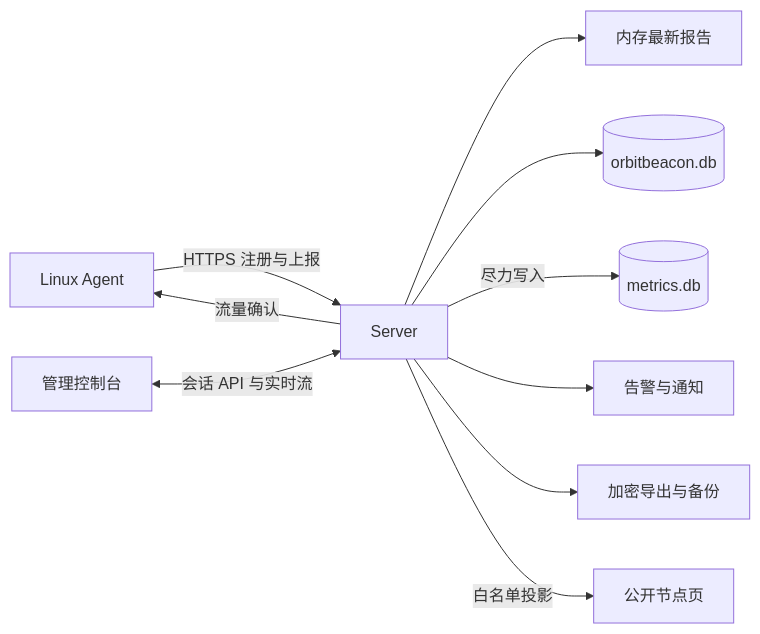
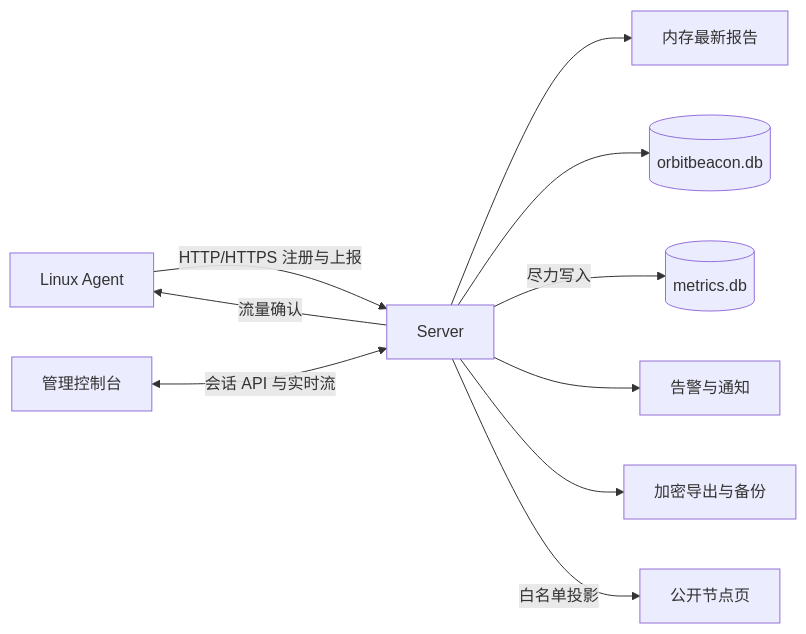
One commit to MR-MonkeyRay/orbit-beacon changed the diagram in docs/architecture.md. Above: the diagram before and after it, drawn with Mermaid. The commit also changed other lines of this file and 25 other files, not shown here.

````diff
--- a/docs/architecture.md
+++ b/docs/architecture.md
@@ -7,12 +7,12 @@
 ```mermaid
 flowchart LR
-    A[Linux Agent] -->|HTTPS 注册与上报| S[Server]
+    A[Linux Agent] -->|HTTP/HTTPS 注册与上报| S[Server]
     S -->|流量确认| A
     S --> M[内存最新报告]
     S --> D[(orbitbeacon.db)]
     S -->|尽力写入| H[(metrics.db)]
     S --> N[告警与通知]
     S --> B[加密导出与备份]
     W[管理控制台] <-->|会话 API 与实时流| S
     S -->|白名单投影| P[公开节点页]
 ```
````
